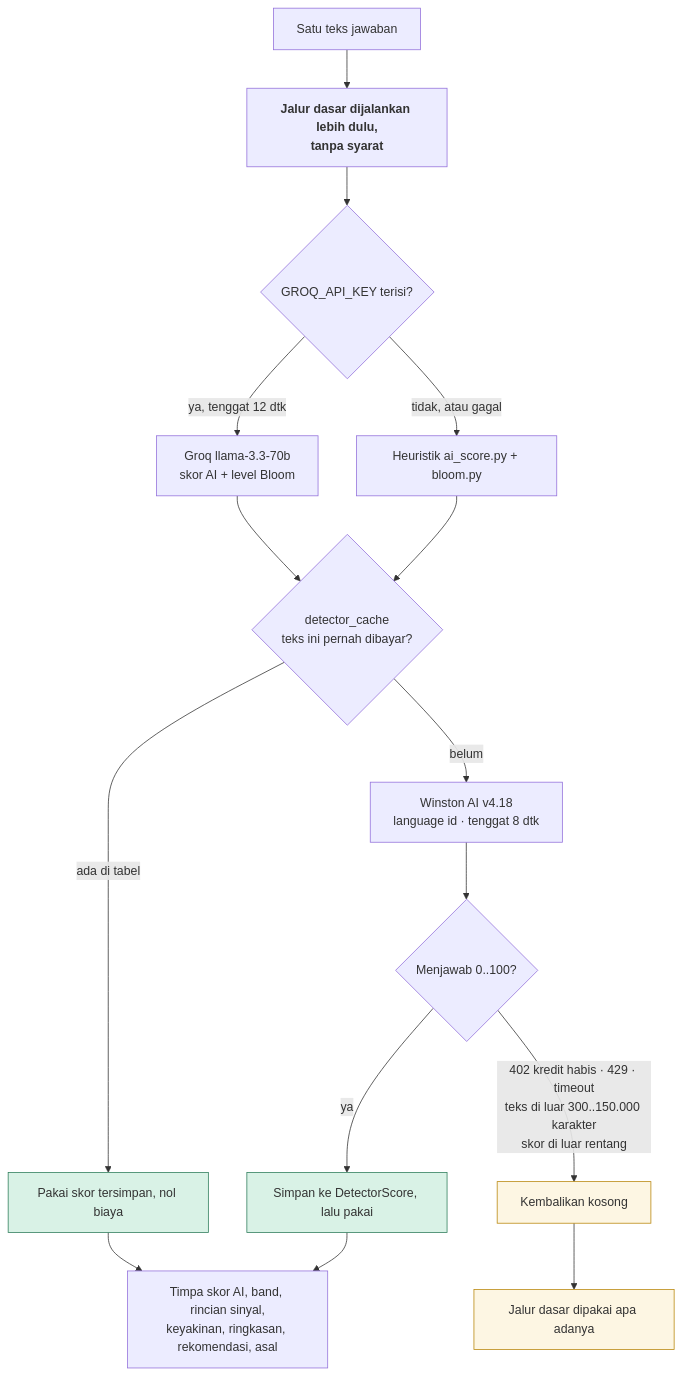
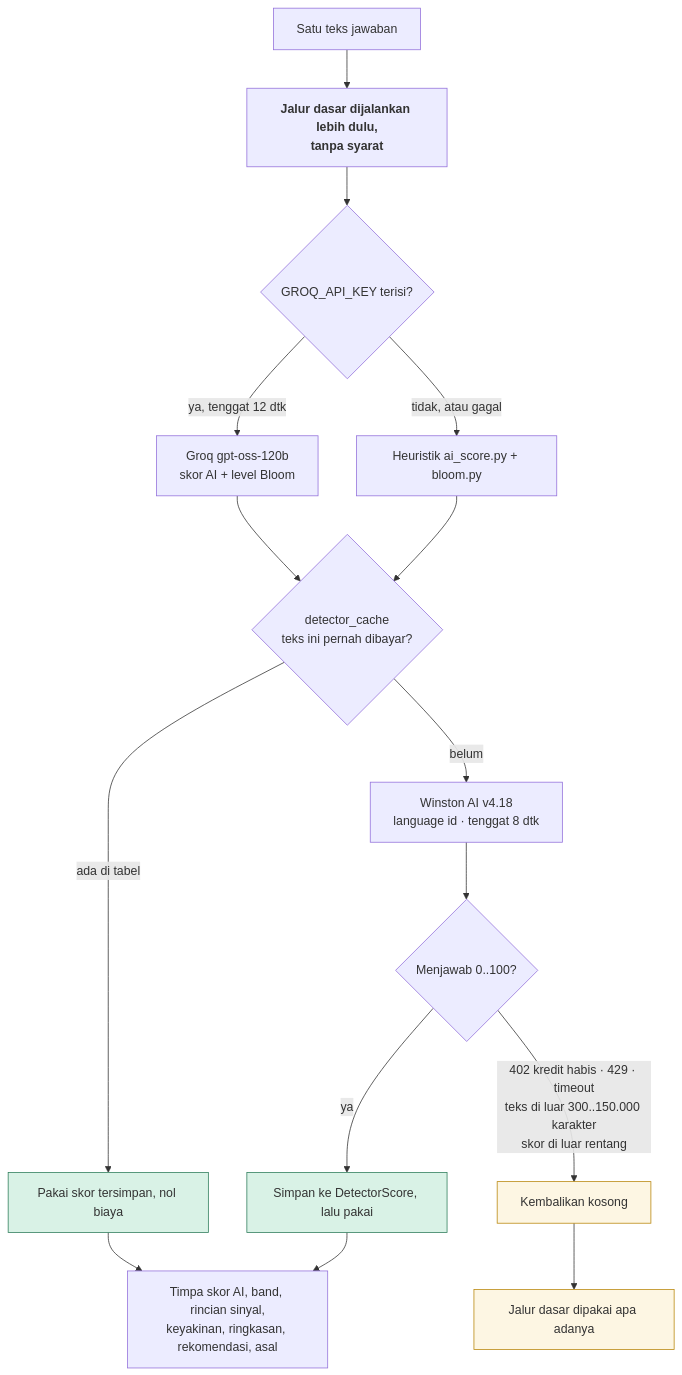
Before and after one commit to FadhRach/ThinkPath: the second of 8 diagrams in diagram/05-alur-analisis.md, drawn with Mermaid. The commit also changed 9 other files, not shown here.

````diff
--- a/diagram/05-alur-analisis.md
+++ b/diagram/05-alur-analisis.md
@@ -66,25 +66,25 @@
 ```mermaid
 flowchart TB
     T["Satu teks jawaban"] --> BASE["<b>Jalur dasar dijalankan lebih dulu,<br/>tanpa syarat</b>"]
     BASE --> G{"GROQ_API_KEY terisi?"}
-    G -->|"ya, tenggat 12 dtk"| GROQ["Groq llama-3.3-70b<br/>skor AI + level Bloom"]
+    G -->|"ya, tenggat 12 dtk"| GROQ["Groq gpt-oss-120b<br/>skor AI + level Bloom"]
     G -->|"tidak, atau gagal"| HEU["Heuristik ai_score.py + bloom.py"]
 
     GROQ --> CACHE
     HEU --> CACHE{"detector_cache<br/>teks ini pernah dibayar?"}
     CACHE -->|"ada di tabel"| HIT["Pakai skor tersimpan, nol biaya"]
     CACHE -->|"belum"| CALL["Winston AI v4.18<br/>language id · tenggat 8 dtk"]
 
     CALL --> OK{"Menjawab 0..100?"}
     OK -->|"ya"| SIMPAN["Simpan ke DetectorScore, lalu pakai"]
     OK -->|"402 kredit habis · 429 · timeout<br/>teks di luar 300..150.000 karakter<br/>skor di luar rentang"| NONE["Kembalikan kosong"]
 
     HIT --> OVL["Timpa skor AI, band, rincian sinyal,<br/>keyakinan, ringkasan, rekomendasi, asal"]
     SIMPAN --> OVL
     NONE --> PASS["Jalur dasar dipakai apa adanya"]
 
     classDef kuat fill:#D9F2E6,stroke:#2E7D5B
     classDef aman fill:#FDF6E3,stroke:#B8860B
     class SIMPAN,HIT kuat
     class NONE,PASS aman
 ```
````
